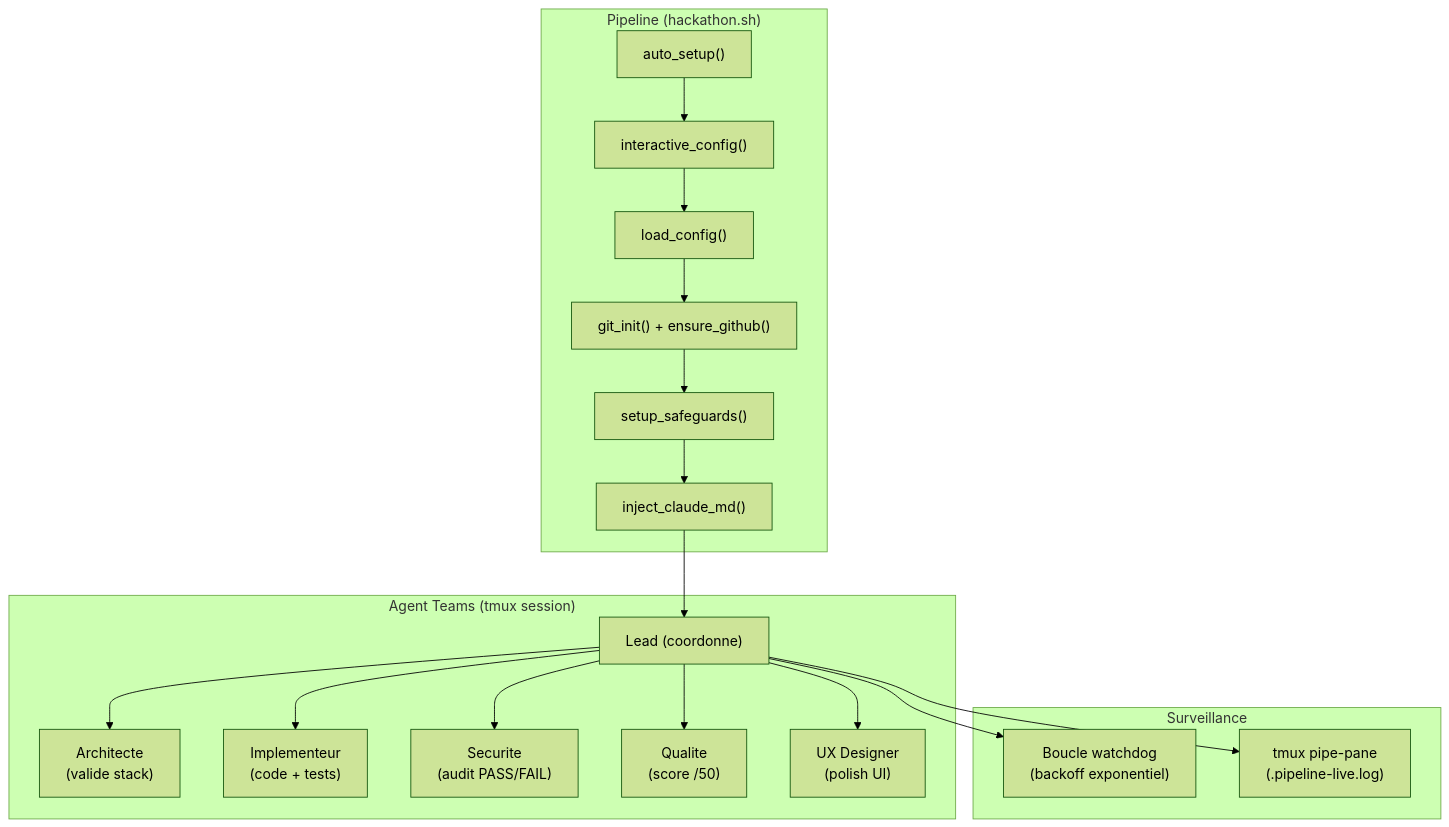
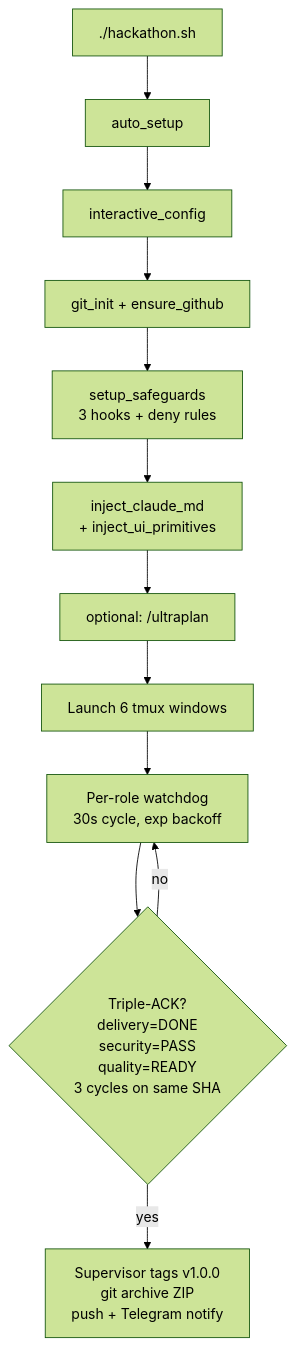
One commit to Andy00L/hackathon-pipeline changed the diagram in README.md. Above: the diagram before and after it, drawn with Mermaid (forest theme). The commit also changed other lines of this file and 2 other files, not shown here.

Commit message:
docs: rewrite README, add ARCHITECTURE.md, update mcp-coord/README to reflect actual pipeline state

````diff
--- a/README.md
+++ b/README.md
@@ -55,29 +39,14 @@
 ```mermaid
 flowchart TD
-    subgraph "Pipeline (hackathon.sh)"
-        A["auto_setup()"] --> B["interactive_config()"]
-        B --> C["load_config()"]
-        C --> D["git_init() + ensure_github()"]
-        D --> E["setup_safeguards()"]
-        E --> F["inject_claude_md()"]
-    end
-
-    subgraph "Agent Teams (tmux session)"
-        G["Lead (coordonne)"]
-        G --> H["Architecte\n(valide stack)"]
-        G --> I["Implementeur\n(code + tests)"]
-        G --> J["Securite\n(audit PASS/FAIL)"]
-        G --> K["Qualite\n(score /50)"]
-        G --> L["UX Designer\n(polish UI)"]
-    end
-
-    F --> G
-
-    subgraph "Surveillance"
-        M["Boucle watchdog\n(backoff exponentiel)"]
-        N["tmux pipe-pane\n(.pipeline-live.log)"]
-    end
-
-    G --> M
-    G --> N
+    A[./hackathon.sh] --> B[auto_setup]
+    B --> C[interactive_config]
+    C --> D[git_init + ensure_github]
+    D --> E[setup_safeguards<br/>3 hooks + deny rules]
+    E --> F[inject_claude_md<br/>+ inject_ui_primitives]
+    F --> G[optional: /ultraplan]
+    G --> H[Launch 6 tmux windows]
+    H --> I[Per-role watchdog<br/>30s cycle, exp backoff]
+    I --> J{Triple-ACK?<br/>delivery=DONE<br/>security=PASS<br/>quality=READY<br/>3 cycles on same SHA}
+    J -- no --> I
+    J -- yes --> K[Supervisor tags v1.0.0<br/>git archive ZIP<br/>push + Telegram notify]
 ```
````
